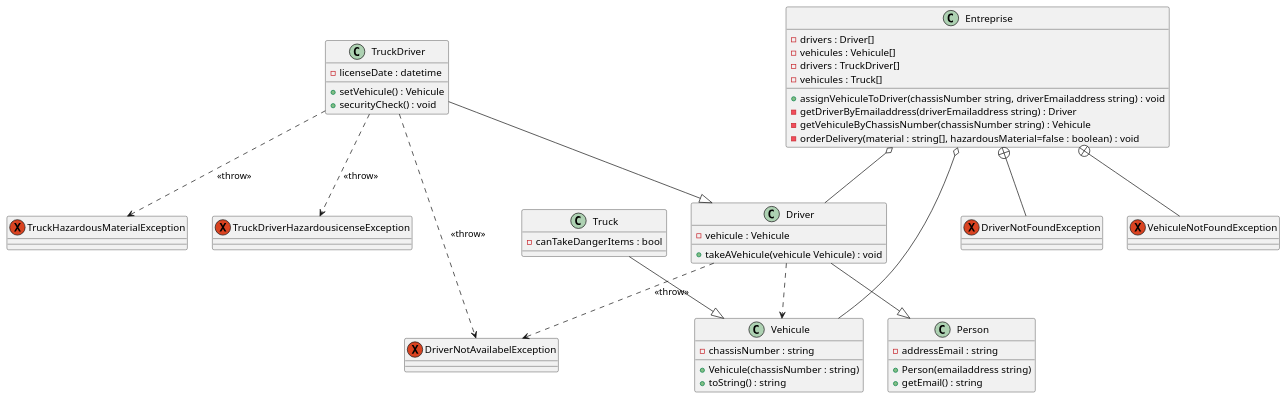
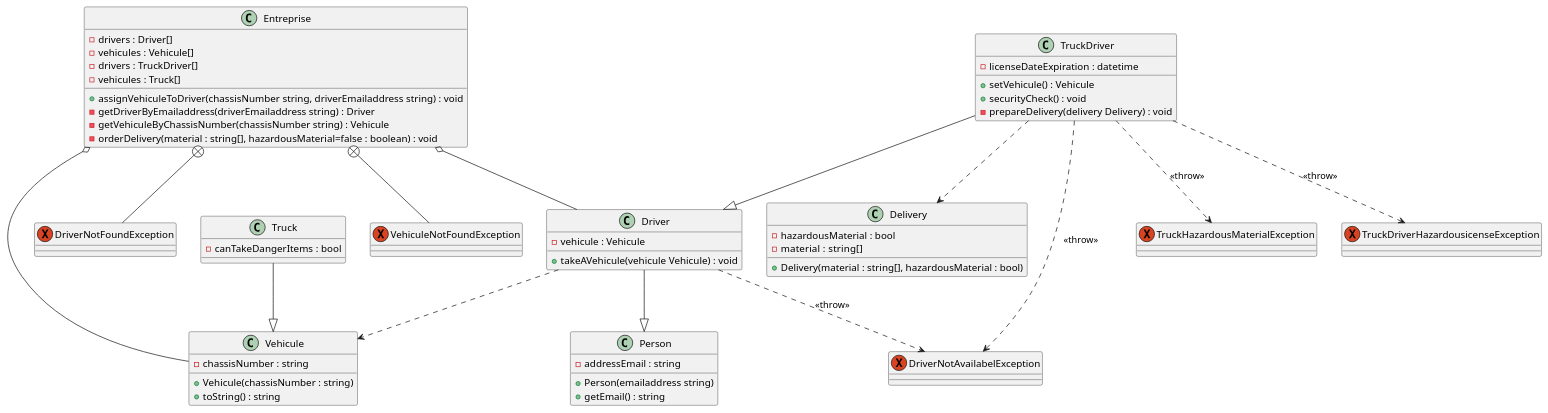
The diagram in docs/diagramClass.wsd (NathanChauveau/SequenceToCode), drawn with PlantUML before and after one commit.

Commit message:
fix: missing class and wrong methode in schema

```diff
--- a/docs/diagramClass.wsd
+++ b/docs/diagramClass.wsd
@@ -1,55 +1,62 @@
 @startuml
 class Entreprise
 class Driver
 class Person
 class Vehicule
 class TruckDriver
 class Truck
+class Delivery
 exception DriverNotFoundException 
 exception VehiculeNotFoundException
 exception DriverNotAvailabelException
 exception TruckHazardousMaterialException
 exception TruckDriverHazardousicenseException
 
 
 Entreprise : -drivers : Driver[]
 Entreprise : -vehicules : Vehicule[]
 Entreprise : -drivers : TruckDriver[]
 Entreprise : -vehicules : Truck[]
 Entreprise : +assignVehiculeToDriver(chassisNumber string, driverEmailaddress string) : void
 Entreprise : -getDriverByEmailaddress(driverEmailaddress string) : Driver
 Entreprise : -getVehiculeByChassisNumber(chassisNumber string) : Vehicule
 Entreprise : -orderDelivery(material : string[], hazardousMaterial=false : boolean) : void
 
 Driver : -vehicule : Vehicule
 Driver : +takeAVehicule(vehicule Vehicule) : void
 
 Person : -addressEmail : string
 Person : +Person(emailaddress string)
 Person : +getEmail() : string
 
 Vehicule : +Vehicule(chassisNumber : string)
 Vehicule : +toString() : string
 Vehicule : -chassisNumber : string 
 
-TruckDriver : -licenseDate : datetime
+TruckDriver : -licenseDateExpiration : datetime
 TruckDriver : +setVehicule() : Vehicule
 TruckDriver : +securityCheck() : void
+TruckDriver : -prepareDelivery(delivery Delivery) : void
 
 Truck : -canTakeDangerItems : bool
+
+Delivery : -hazardousMaterial : bool
+Delivery : -material :  string[]
+Delivery : +Delivery(material : string[], hazardousMaterial : bool)
 
 
 Entreprise o-- Driver
 Entreprise o-- Vehicule
 Driver --|> Person
 TruckDriver --|> Driver
 Truck --|> Vehicule
 Entreprise +-- DriverNotFoundException 
 Entreprise +-- VehiculeNotFoundException 
 Driver ..> Vehicule
+TruckDriver ..> Delivery
 Driver ..> DriverNotAvailabelException : << throw >> 
 TruckDriver ..> DriverNotAvailabelException : << throw >> 
 TruckDriver ..> TruckHazardousMaterialException : << throw >>
 TruckDriver ..> TruckDriverHazardousicenseException : << throw >>
 
 @enduml
```
